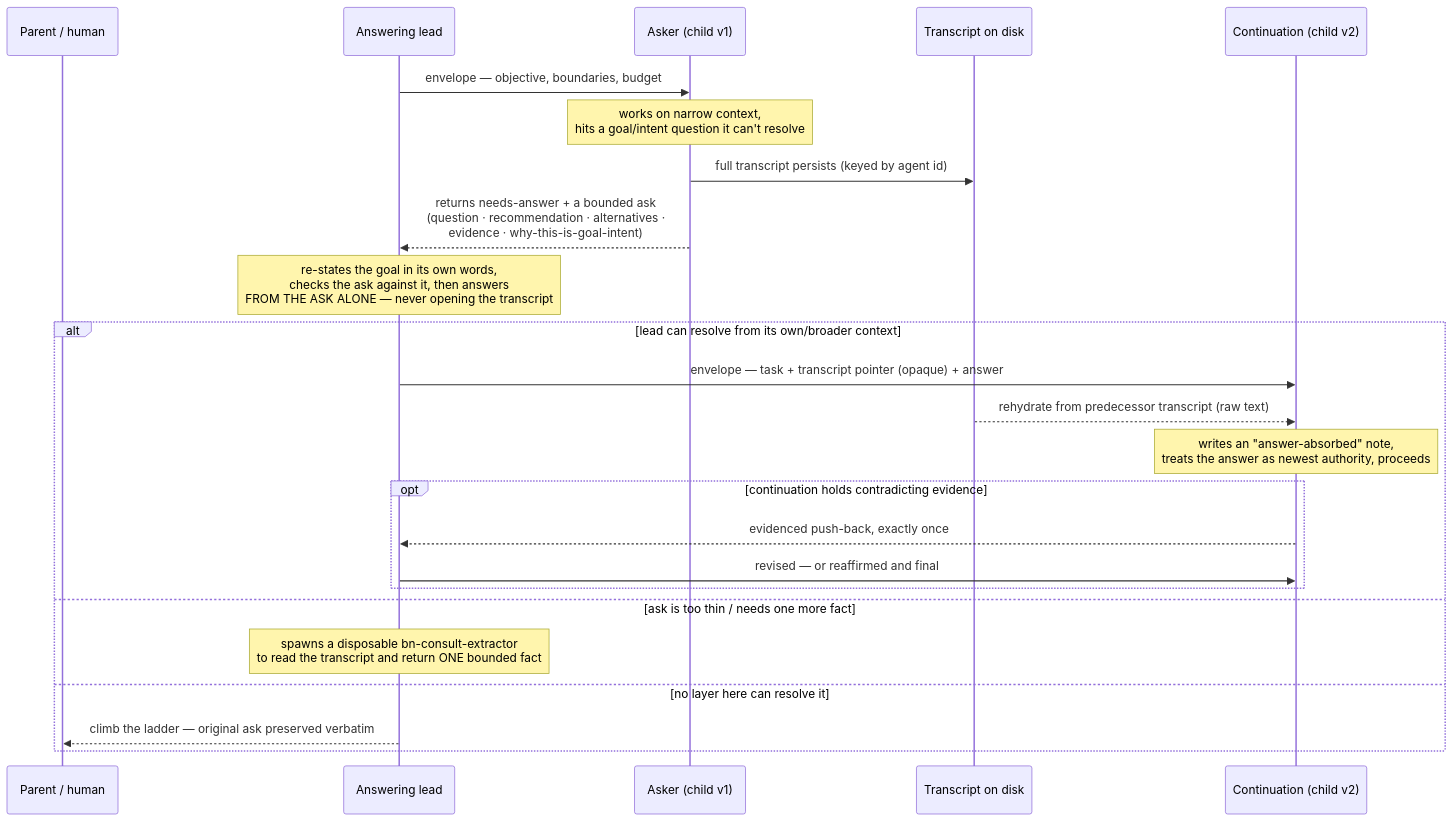
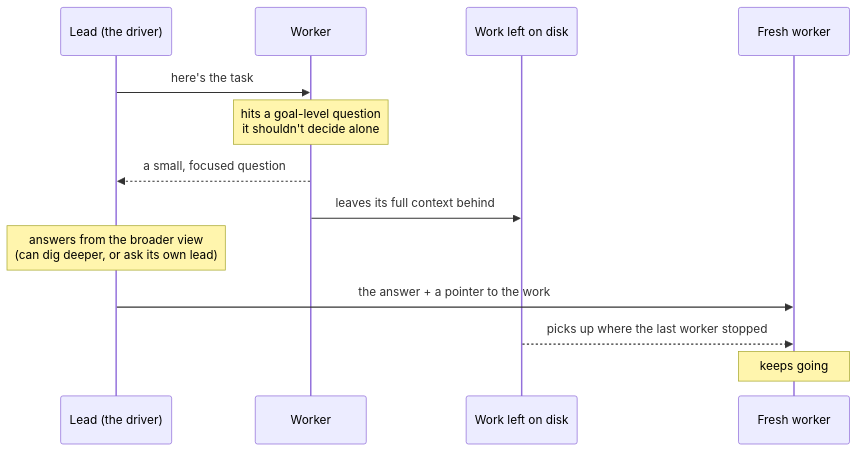
Before and after one commit to rcmoynihan/banyan: the second of 2 diagrams in README.md, drawn with Mermaid. The commit also changed other lines of this file, not shown here.

First line of the commit message:
docs(readme): simplify orchestration diagrams to convey the thesis

````diff
--- a/README.md
+++ b/README.md
@@ -87,27 +47,16 @@
 ```mermaid
 sequenceDiagram
-  participant H as Parent / human
-  participant L as Answering lead
-  participant A as Asker (child v1)
-  participant D as Transcript on disk
-  participant C as Continuation (child v2)
+  participant L as Lead (the driver)
+  participant A as Worker
+  participant D as Work left on disk
+  participant C as Fresh worker
 
-  L->>A: envelope — objective, boundaries, budget
-  Note over A: works on narrow context,<br/>hits a goal/intent question it can't resolve
-  A->>D: full transcript persists (keyed by agent id)
-  A-->>L: returns needs-answer + a bounded ask<br/>(question · recommendation · alternatives ·<br/>evidence · why-this-is-goal-intent)
-  Note over L: re-states the goal in its own words,<br/>checks the ask against it, then answers<br/>FROM THE ASK ALONE — never opening the transcript
-  alt lead can resolve from its own/broader context
-    L->>C: envelope — task + transcript pointer (opaque) + answer
-    D-->>C: rehydrate from predecessor transcript (raw text)
-    Note over C: writes an "answer-absorbed" note,<br/>treats the answer as newest authority, proceeds
-    opt continuation holds contradicting evidence
-      C-->>L: evidenced push-back, exactly once
-      L->>C: revised — or reaffirmed and final
-    end
-  else ask is too thin / needs one more fact
-    Note over L: spawns a disposable bn-consult-extractor<br/>to read the transcript and return ONE bounded fact
-  else no layer here can resolve it
-    L-->>H: climb the ladder — original ask preserved verbatim
-  end
+  L->>A: here's the task
+  Note over A: hits a goal-level question<br/>it shouldn't decide alone
+  A-->>L: a small, focused question
+  A->>D: leaves its full context behind
+  Note over L: answers from the broader view<br/>(can dig deeper, or ask its own lead)
+  L->>C: the answer + a pointer to the work
+  D-->>C: picks up where the last worker stopped
+  Note over C: keeps going
 ```
````
